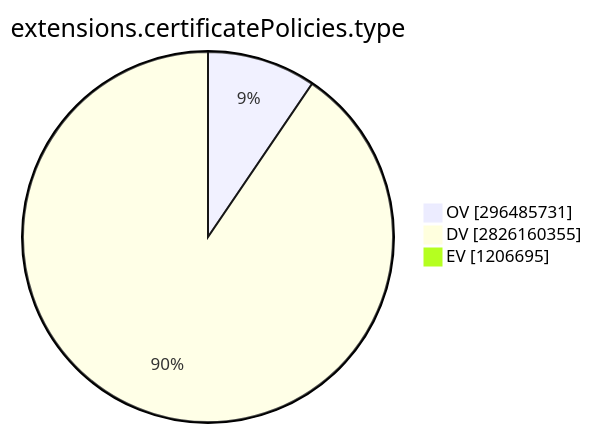
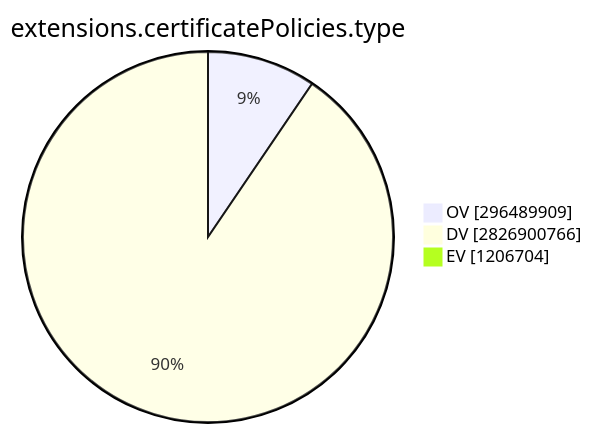
One commit to christiankrug/ctmonitor_visualization changed the ninth of 15 diagrams in TOTAL/README.md. Above: the diagram before and after it, drawn with Mermaid. The commit also changed other lines of this file, not shown here.

````diff
--- a/TOTAL/README.md
+++ b/TOTAL/README.md
@@ -3099,7 +3099,7 @@
 ```mermaid
 pie showData
 title extensions.certificatePolicies.type
-"OV" :296485731
-"DV" :2826160355
-"EV" :1206695
+"OV" :296489909
+"DV" :2826900766
+"EV" :1206704
 ```
````
